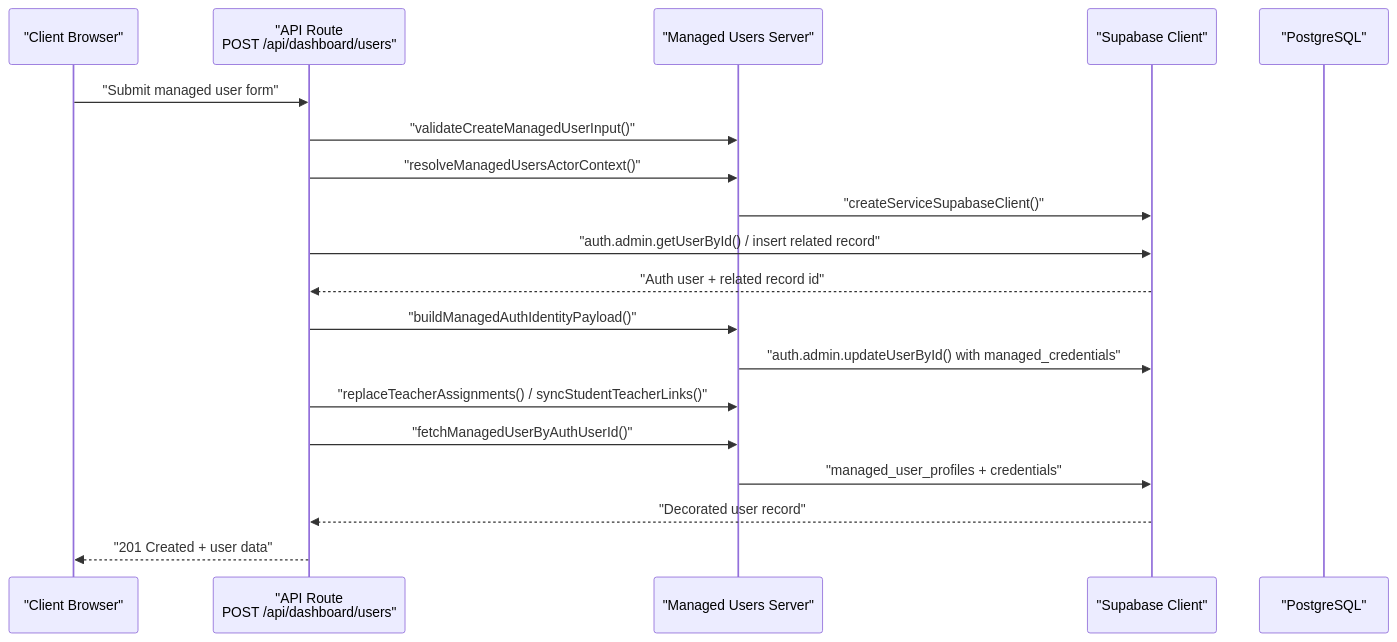
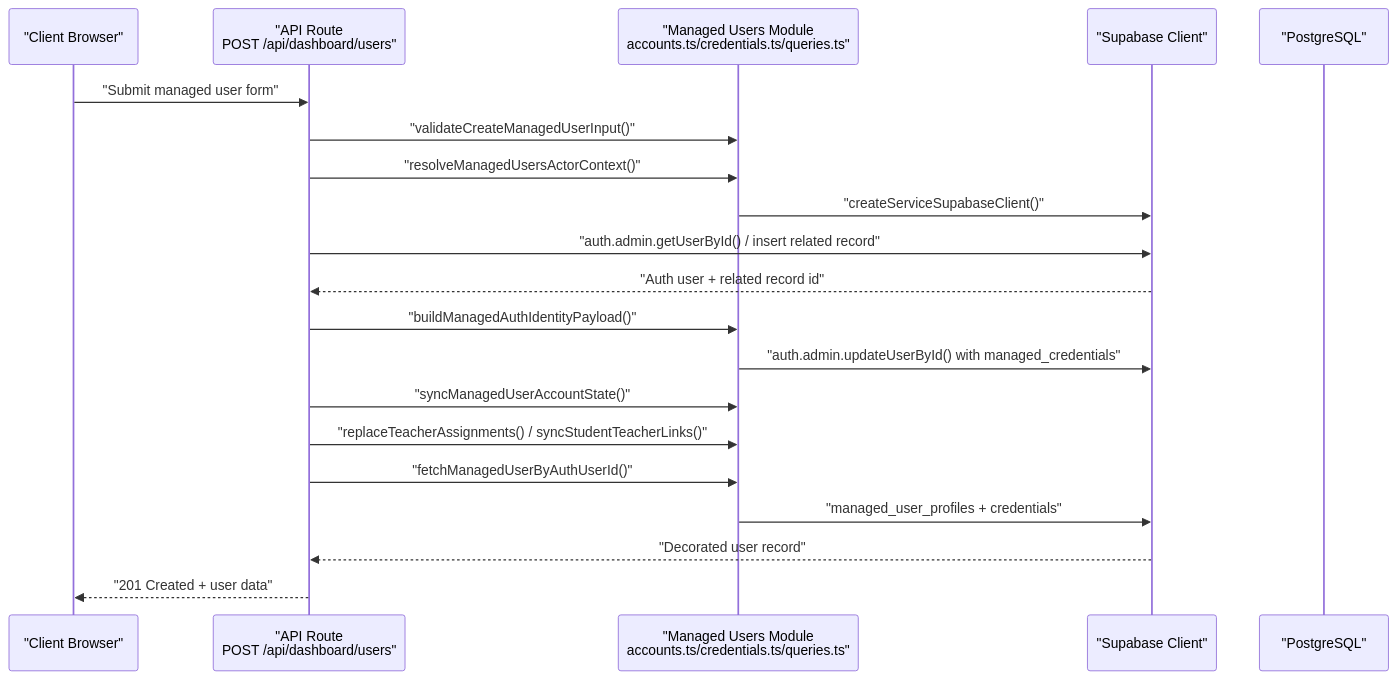
One commit to mustafaalkusaj/appschoolmustafa2002 changed the second of 10 diagrams in .qoder/repowiki/en/content/Teacher Management/Managed Users.md. Above: the diagram before and after it, drawn with Mermaid. The commit also changed other lines of this file and 8 other files, not shown here.

````diff
--- a/.qoder/repowiki/en/content/Teacher Management/Managed Users.md
+++ b/.qoder/repowiki/en/content/Teacher Management/Managed Users.md
@@ -116,21 +154,22 @@
 ```mermaid
 sequenceDiagram
 participant Client as "Client Browser"
 participant API as "API Route<br/>POST /api/dashboard/users"
-participant Server as "Managed Users Server"
+participant Server as "Managed Users Module<br/>accounts.ts/credentials.ts/queries.ts"
 participant Supa as "Supabase Client"
 participant DB as "PostgreSQL"
 Client->>API : "Submit managed user form"
 API->>Server : "validateCreateManagedUserInput()"
 API->>Server : "resolveManagedUsersActorContext()"
 Server->>Supa : "createServiceSupabaseClient()"
 API->>Supa : "auth.admin.getUserById() / insert related record"
 Supa-->>API : "Auth user + related record id"
 API->>Server : "buildManagedAuthIdentityPayload()"
 Server->>Supa : "auth.admin.updateUserById() with managed_credentials"
+API->>Server : "syncManagedUserAccountState()"
 API->>Server : "replaceTeacherAssignments() / syncStudentTeacherLinks()"
 API->>Server : "fetchManagedUserByAuthUserId()"
 Server->>Supa : "managed_user_profiles + credentials"
 Supa-->>API : "Decorated user record"
 API-->>Client : "201 Created + user data"
 ```
````
